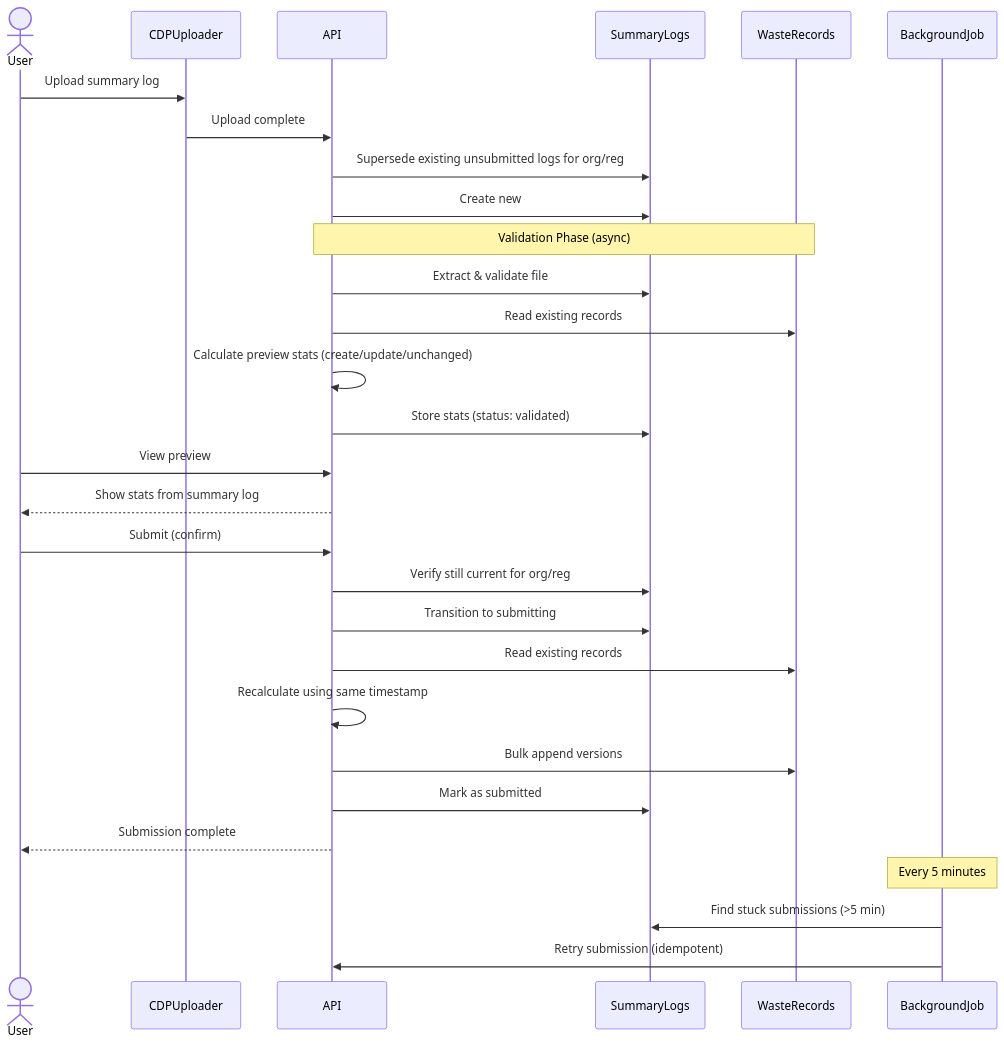
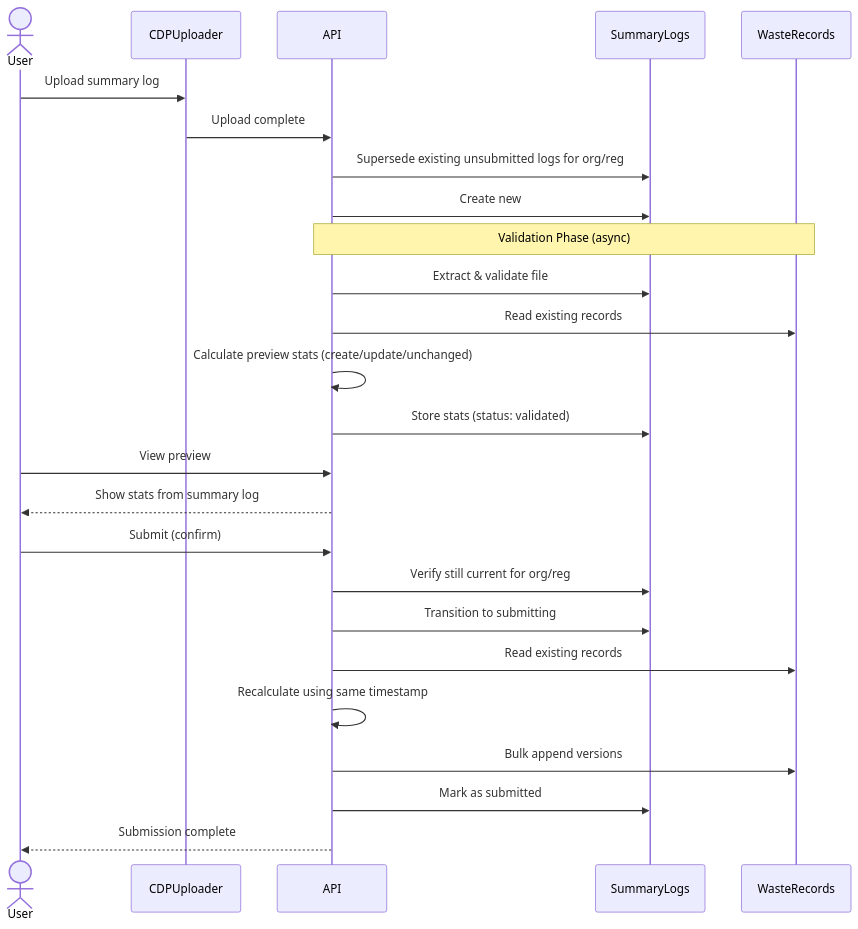
Before and after one commit to DEFRA/epr-backend: the first of 6 diagrams in docs/architecture/decisions/0021-concurrent-summary-log-submission.md, drawn with Mermaid. The commit also changed other lines of this file, not shown here.

Commit message:
docs: move background job recovery to future considerations in ADR 21

````diff
--- a/docs/architecture/decisions/0021-concurrent-summary-log-submission.md
+++ b/docs/architecture/decisions/0021-concurrent-summary-log-submission.md
@@ -53,36 +53,31 @@
 ```mermaid
 sequenceDiagram
     actor User
     participant CDPUploader
     participant API
     participant SummaryLogs
     participant WasteRecords
-    participant BackgroundJob
 
     User->>CDPUploader: Upload summary log
     CDPUploader->>API: Upload complete
     API->>SummaryLogs: Supersede existing unsubmitted logs for org/reg
     API->>SummaryLogs: Create new
 
     Note over API,WasteRecords: Validation Phase (async)
     API->>SummaryLogs: Extract & validate file
     API->>WasteRecords: Read existing records
     API->>API: Calculate preview stats (create/update/unchanged)
     API->>SummaryLogs: Store stats (status: validated)
 
     User->>API: View preview
     API-->>User: Show stats from summary log
 
     User->>API: Submit (confirm)
     API->>SummaryLogs: Verify still current for org/reg
     API->>SummaryLogs: Transition to submitting
     API->>WasteRecords: Read existing records
     API->>API: Recalculate using same timestamp
     API->>WasteRecords: Bulk append versions
     API->>SummaryLogs: Mark as submitted
     API-->>User: Submission complete
-
-    Note over BackgroundJob: Every 5 minutes
-    BackgroundJob->>SummaryLogs: Find stuck submissions (>5 min)
-    BackgroundJob->>API: Retry submission (idempotent)
 ```
````
